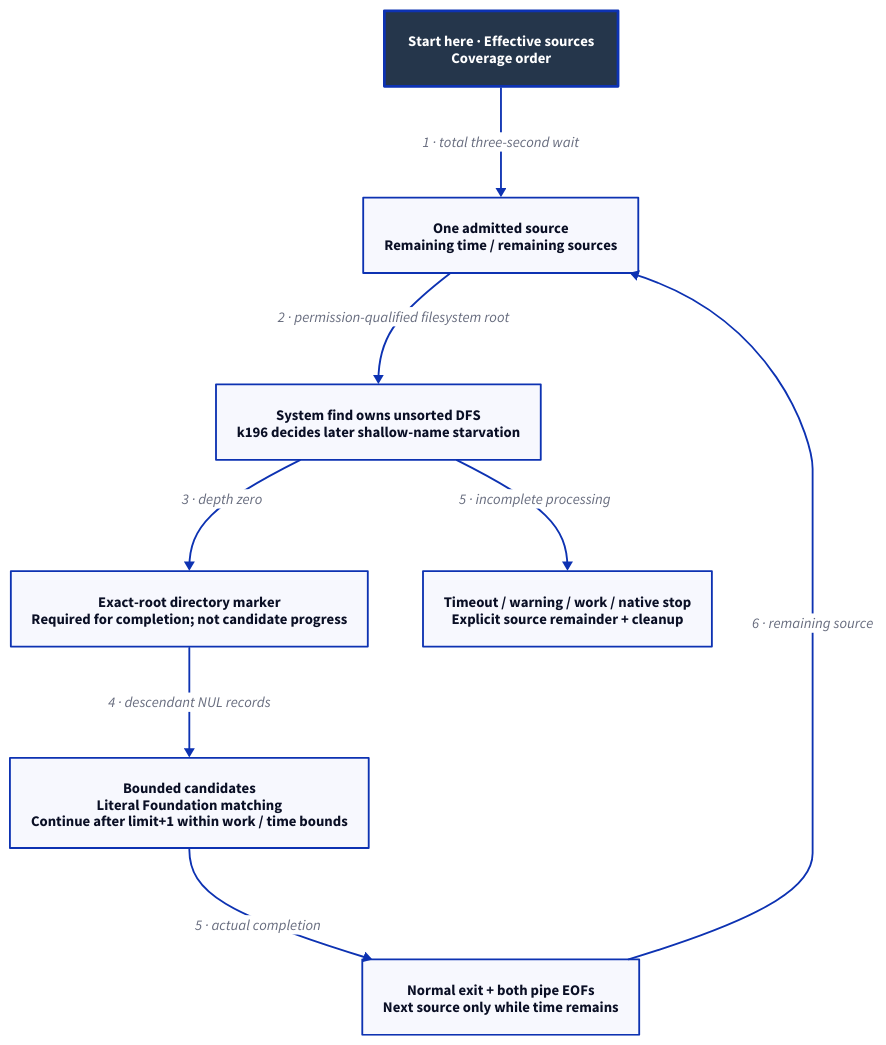
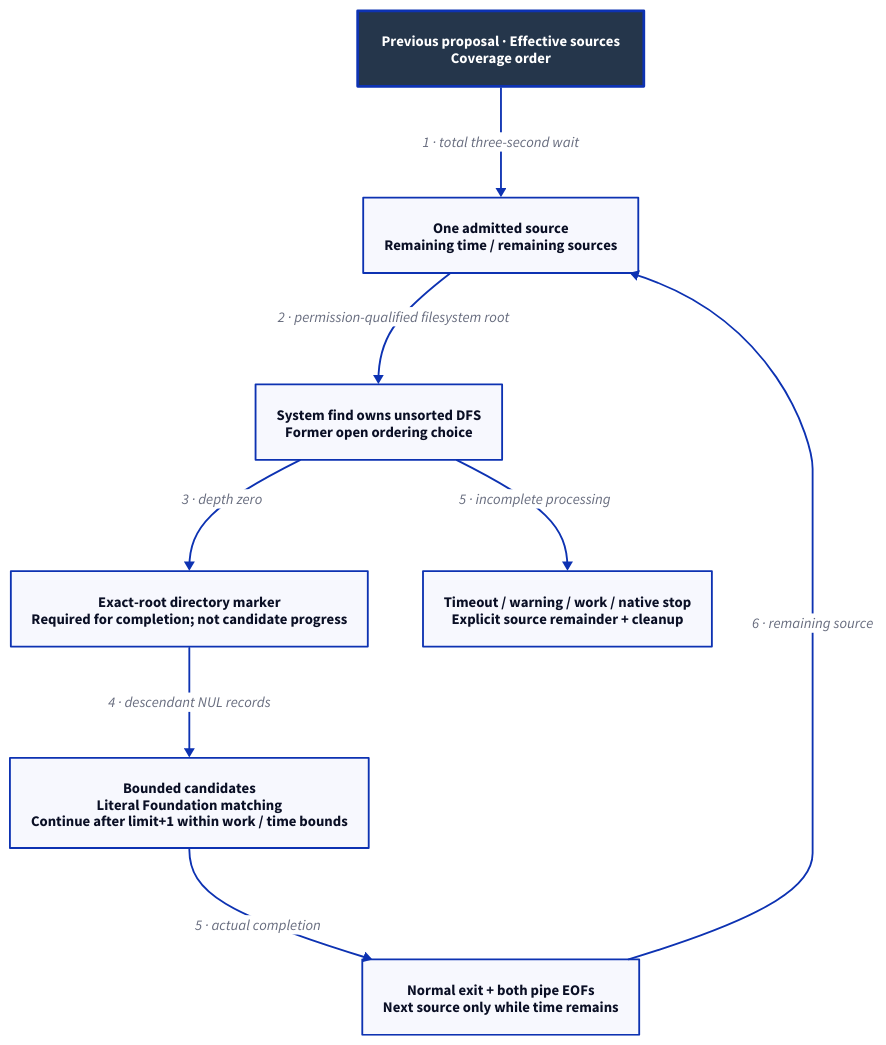
One commit to Linkuistics/Koine changed the diagram in docs/design/architecture/search-traversal.d2. Above: the diagram before and after it, drawn with D2. The commit also changed 138 other files, not shown here.

First line of the commit message:
Move raw search to clients and define v1 native discovery (search-tool-permissions-k196)

```diff
--- a/docs/design/architecture/search-traversal.d2
+++ b/docs/design/architecture/search-traversal.d2
@@ -1,19 +1,19 @@
-# Selected mechanism, subject to human choices/review/native acceptance.
+# Previous raw-search proposal only; not the current v1 API or backend.
 direction: down
 classes: {
   start: {style: {fill: "#25364B"; font-color: "#FFFFFF"; bold: true; stroke-width: 3}}
 }
-Start: "Start here · Effective sources\nCoverage order" {class: start}
+Start: "Previous proposal · Effective sources\nCoverage order" {class: start}
 Root: "One admitted source\nRemaining time / remaining sources"
-Find: "System find owns unsorted DFS\nk196 decides later shallow-name starvation"
+Find: "System find owns unsorted DFS\nFormer open ordering choice"
 Marker: "Exact-root directory marker\nRequired for completion; not candidate progress"
 Records: "Bounded candidates\nLiteral Foundation matching\nContinue after limit+1 within work / time bounds"
 Next: "Normal exit + both pipe EOFs\nNext source only while time remains"
 Remainder: "Timeout / warning / work / native stop\nExplicit source remainder + cleanup"
 Start -> Root: "1 · total three-second wait"
 Root -> Find: "2 · permission-qualified filesystem root"
 Find -> Marker: "3 · depth zero"
 Marker -> Records: "4 · descendant NUL records"
 Records -> Next: "5 · actual completion"
 Find -> Remainder: "5 · incomplete processing"
 Next -> Root: "6 · remaining source"
```
